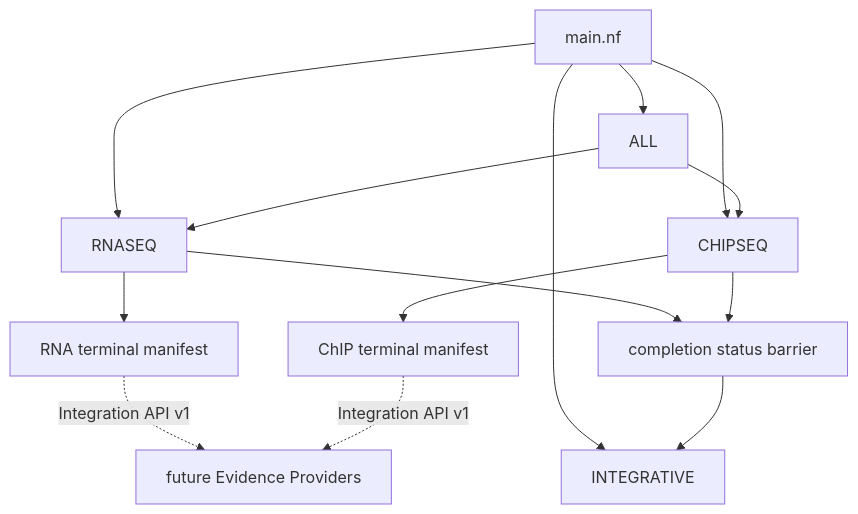
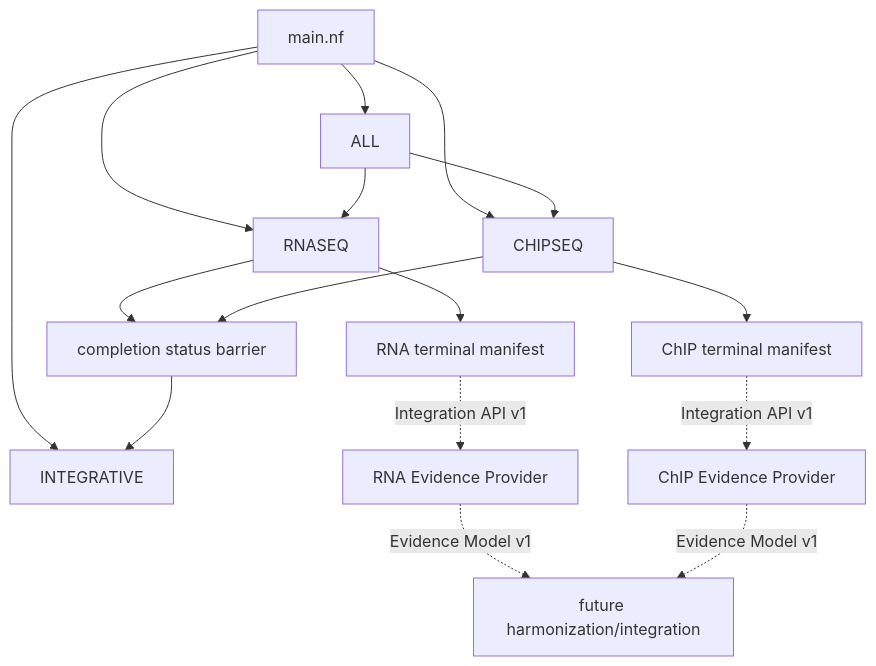
The first of 3 diagrams in docs/architecture.md (GMiguelAlves/HelixForge), drawn with Mermaid before and after one commit. The commit also changed other lines of this file and 3 other files, not shown here.

Commit message:
Document evidence providers

````diff
--- a/docs/architecture.md
+++ b/docs/architecture.md
@@ -12,16 +12,18 @@
 ```mermaid
 flowchart TB
     MAIN["main.nf"] --> RNA["RNASEQ"]
     MAIN --> CHIP["CHIPSEQ"]
     MAIN --> INT["INTEGRATIVE"]
     MAIN --> ALL["ALL"]
     ALL --> RNA
     ALL --> CHIP
     RNA --> RM["RNA terminal manifest"]
     CHIP --> CM["ChIP terminal manifest"]
     RNA --> GATE["completion status barrier"]
     CHIP --> GATE
     GATE --> INT
-    RM -. "Integration API v1" .-> FUTURE["future Evidence Providers"]
-    CM -. "Integration API v1" .-> FUTURE
+    RM -. "Integration API v1" .-> REP["RNA Evidence Provider"]
+    CM -. "Integration API v1" .-> CEP["ChIP Evidence Provider"]
+    REP -. "Evidence Model v1" .-> FUTURE["future harmonization/integration"]
+    CEP -. "Evidence Model v1" .-> FUTURE
 ```
````
